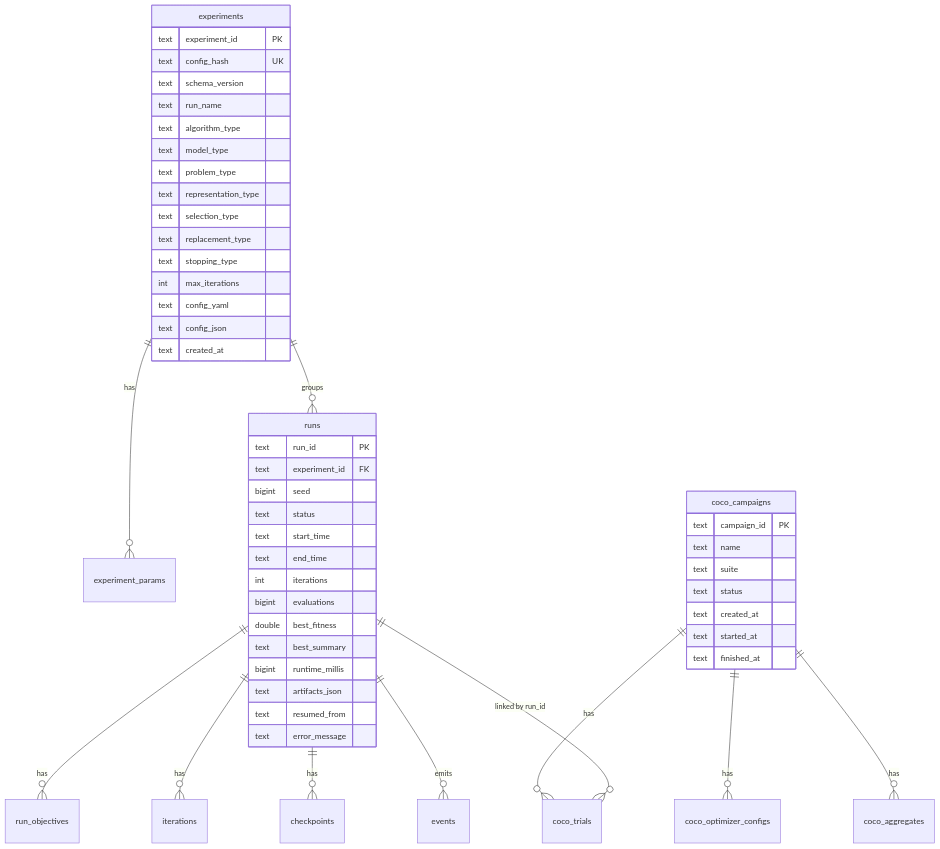
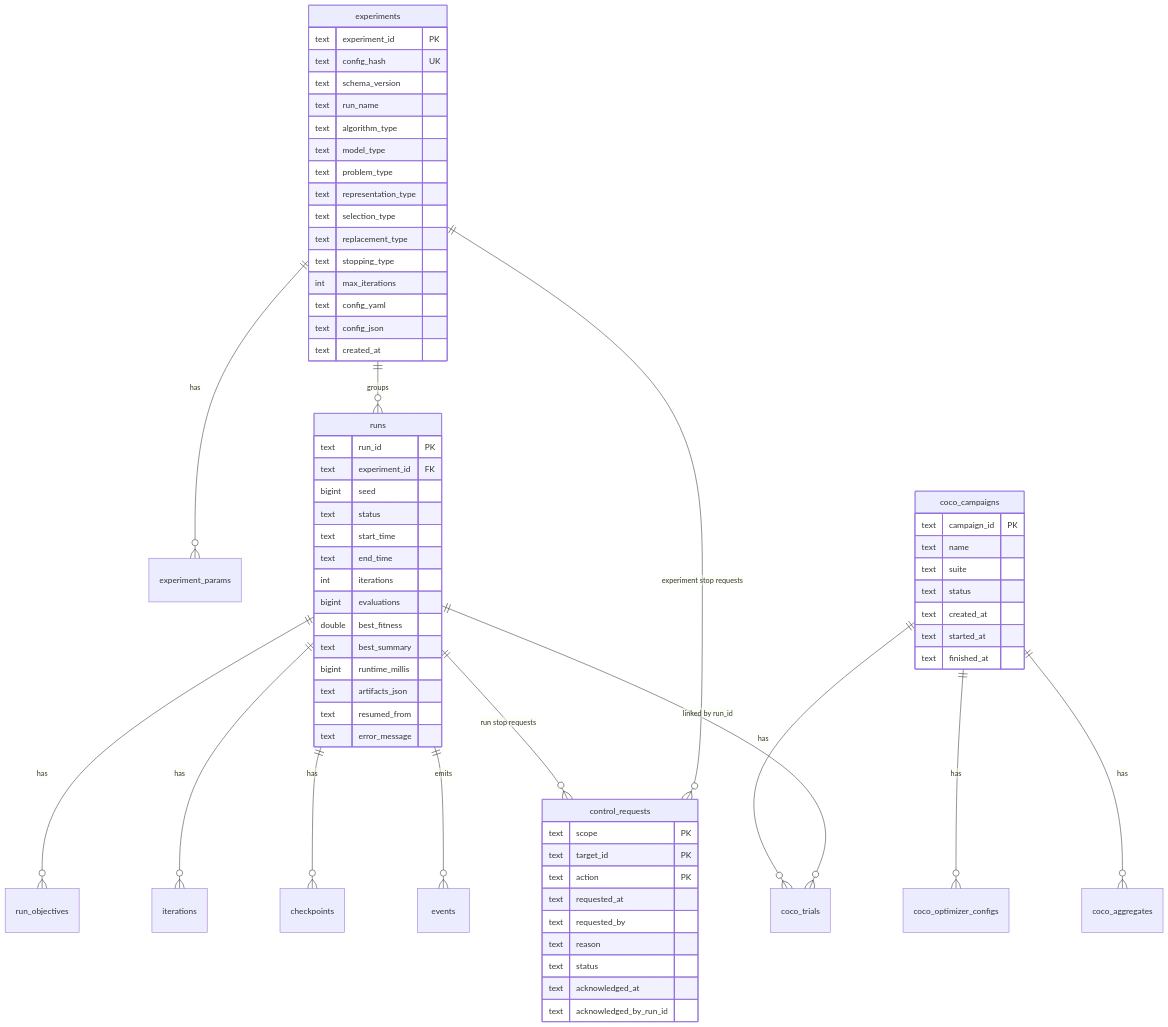
Before and after one commit to KarloKnezevic/EDAF: the diagram in docs/database-schema.md, drawn with Mermaid. The commit also changed other lines of this file and 33 other files, not shown here.

````diff
--- a/docs/database-schema.md
+++ b/docs/database-schema.md
@@ -15,59 +15,73 @@
 ```mermaid
 erDiagram
     experiments ||--o{ experiment_params : "has"
     experiments ||--o{ runs : "groups"
     runs ||--o{ run_objectives : "has"
     runs ||--o{ iterations : "has"
     runs ||--o{ checkpoints : "has"
     runs ||--o{ events : "emits"
+    runs ||--o{ control_requests : "run stop requests"
+    experiments ||--o{ control_requests : "experiment stop requests"
 
     coco_campaigns ||--o{ coco_optimizer_configs : "has"
     coco_campaigns ||--o{ coco_trials : "has"
     coco_campaigns ||--o{ coco_aggregates : "has"
     runs ||--o{ coco_trials : "linked by run_id"
 
     experiments {
       text experiment_id PK
       text config_hash UK
       text schema_version
       text run_name
       text algorithm_type
       text model_type
       text problem_type
       text representation_type
       text selection_type
       text replacement_type
       text stopping_type
       int max_iterations
       text config_yaml
       text config_json
       text created_at
     }
 
     runs {
       text run_id PK
       text experiment_id FK
       bigint seed
       text status
       text start_time
       text end_time
       int iterations
       bigint evaluations
       double best_fitness
       text best_summary
       bigint runtime_millis
       text artifacts_json
       text resumed_from
       text error_message
     }
 
+    control_requests {
+      text scope PK
+      text target_id PK
+      text action PK
+      text requested_at
+      text requested_by
+      text reason
+      text status
+      text acknowledged_at
+      text acknowledged_by_run_id
+    }
+
     coco_campaigns {
       text campaign_id PK
       text name
       text suite
       text status
       text created_at
       text started_at
       text finished_at
     }
 ```
````
